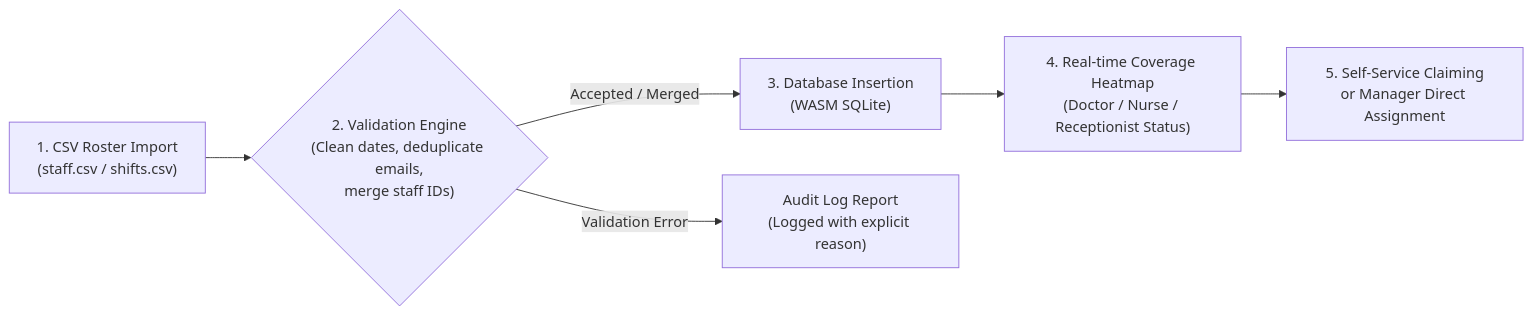
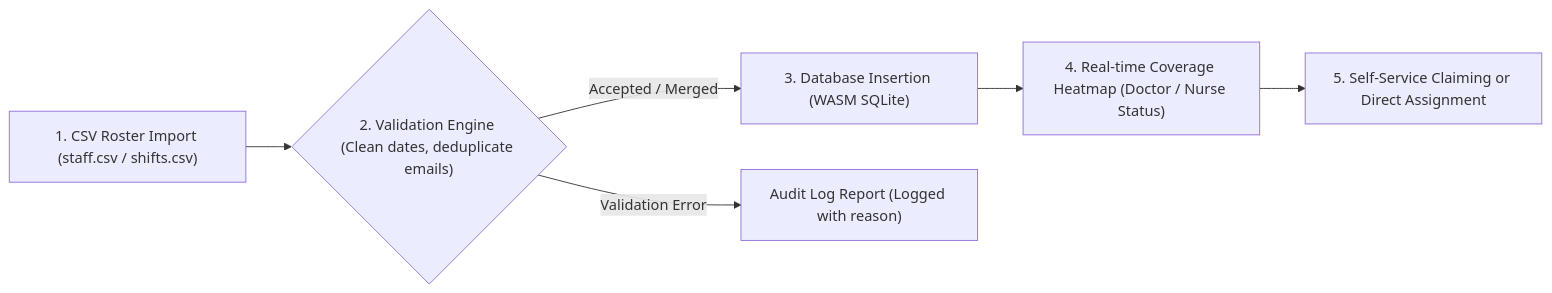
One commit to Reethikaa05/VeraCare360 changed the third of 3 diagrams in README.md. Above: the diagram before and after it, drawn with Mermaid. The commit also changed other lines of this file, not shown here.

Commit message:
fix: clean GitHub GFM Mermaid diagram syntax in README.md

````diff
--- a/README.md
+++ b/README.md
@@ -138,8 +138,8 @@
 ```mermaid
 flowchart LR
-    A["1. CSV Roster Import<br/>(staff.csv / shifts.csv)"] --> B{"2. Validation Engine<br/>(Clean dates, deduplicate emails,<br/>merge staff IDs)"}
-    B -->|Accepted / Merged| C["3. Database Insertion<br/>(WASM SQLite)"]
-    B -->|Validation Error| D["Audit Log Report<br/>(Logged with explicit reason)"]
-    C --> E["4. Real-time Coverage Heatmap<br/>(Doctor / Nurse / Receptionist Status)"]
-    E --> F["5. Self-Service Claiming<br/>or Manager Direct Assignment"]
+    A["1. CSV Roster Import (staff.csv / shifts.csv)"] --> B{"2. Validation Engine (Clean dates, deduplicate emails)"}
+    B -->|Accepted / Merged| C["3. Database Insertion (WASM SQLite)"]
+    B -->|Validation Error| D["Audit Log Report (Logged with reason)"]
+    C --> E["4. Real-time Coverage Heatmap (Doctor / Nurse Status)"]
+    E --> F["5. Self-Service Claiming or Direct Assignment"]
 ```
````
